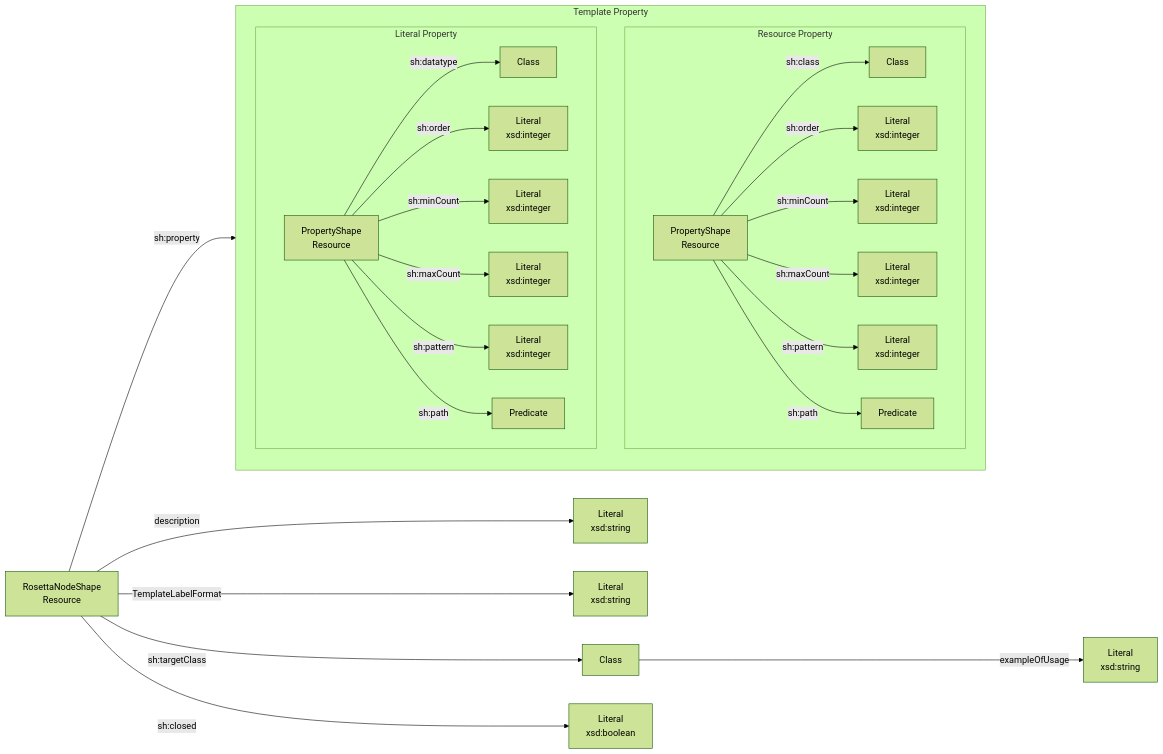
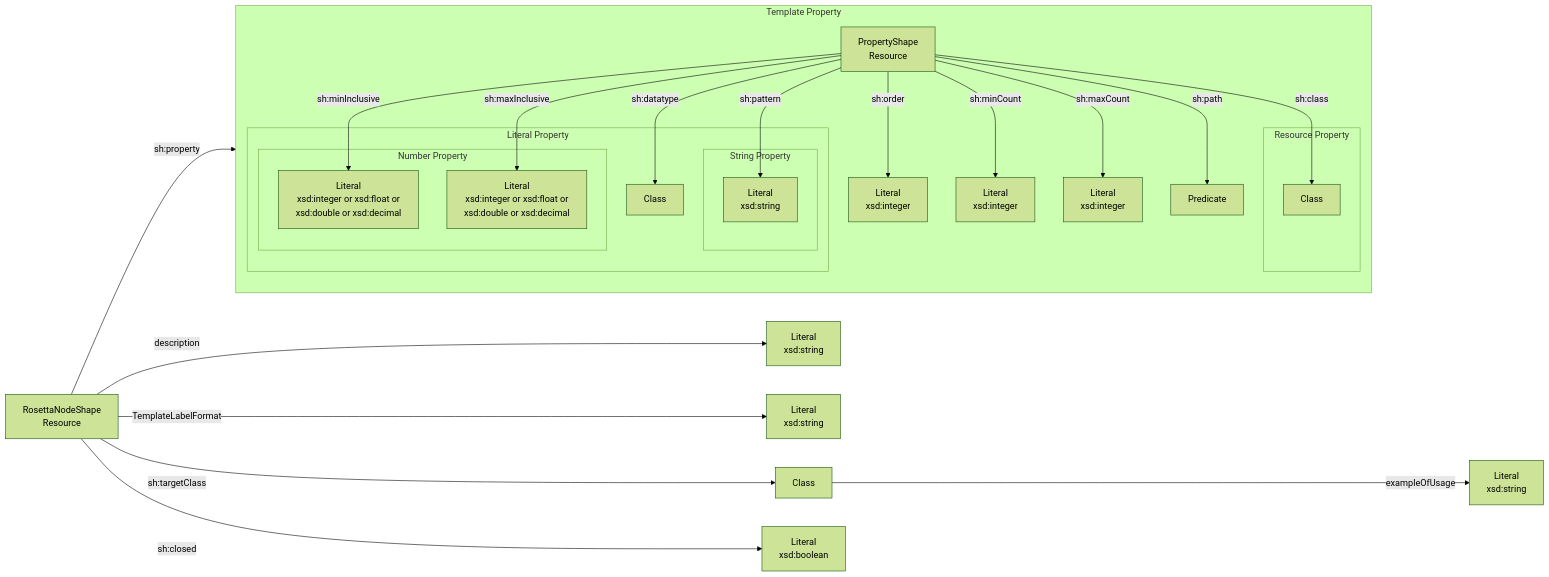
Before and after one commit to TIBHannover/orkg-backend: the diagram in documentation/antora/modules/ROOT/pages/reference/model/rosetta-stone-template.adoc, drawn with Mermaid (forest theme). The commit also changed 1 other file, not shown here.

Commit message:
Update template model diagrams (!1014)

```diff
--- a/documentation/antora/modules/ROOT/pages/reference/model/rosetta-stone-template.adoc
+++ b/documentation/antora/modules/ROOT/pages/reference/model/rosetta-stone-template.adoc
@@ -3,28 +3,34 @@
 [mermaid,width=100%]
 ----
 flowchart LR
     Template[RosettaNodeShape \n Resource] --> |"description"| description[Literal \n xsd:string]
     Template --> |"TemplateLabelFormat"| formattedLabel[Literal \n xsd:string]
 	Template --> |"sh:targetClass"| targetClass
     targetClass[Class] --> |"exampleOfUsage"| usage[Literal \n xsd:string]
 	Template --> |"sh:property"| TemplateProperty
 	subgraph TemplateProperty[Template Property]
+        Property[PropertyShape \n Resource] --> |"sh:order"| order[Literal \n xsd:integer]
+        Property --> |"sh:minCount"| minCount[Literal \n xsd:integer]
+        Property --> |"sh:maxCount"| maxCount[Literal \n xsd:integer]
+        Property --> |"sh:path"| path[Predicate]
+        Property --> |"sh:class"| klass
+        Property --> |"sh:pattern"| pattern
+        Property --> |"sh:datatype"| datatype
+        Property --> |"sh:minInclusive"| minInclusive
+        Property --> |"sh:maxInclusive"| maxInclusive
 		subgraph Resource Property
-			ResourceProperty[PropertyShape \n Resource] --> |"sh:class"| klass[Class]
-			ResourceProperty --> |"sh:order"| order[Literal \n xsd:integer]
-			ResourceProperty --> |"sh:minCount"| minCount[Literal \n xsd:integer]
-			ResourceProperty --> |"sh:maxCount"| maxCount[Literal \n xsd:integer]
-			ResourceProperty --> |"sh:pattern"| pattern[Literal \n xsd:integer]
-			ResourceProperty --> |"sh:path"| path[Predicate]
+            klass[Class]
 		end
 		subgraph Literal Property
-			LiteralProperty[PropertyShape \n Resource] --> |"sh:datatype"| datatype[Class]
-			LiteralProperty --> |"sh:order"| literalOrder[Literal \n xsd:integer]
-			LiteralProperty --> |"sh:minCount"| literalMinCount[Literal \n xsd:integer]
-			LiteralProperty --> |"sh:maxCount"| literalMaxCount[Literal \n xsd:integer]
-			LiteralProperty --> |"sh:pattern"| literalPattern[Literal \n xsd:integer]
-			LiteralProperty --> |"sh:path"| literalPath[Predicate]
+            datatype[Class]
+            subgraph String Property
+			    pattern[Literal \n xsd:string]
+            end
+            subgraph Number Property
+			    minInclusive[Literal \n xsd:integer or xsd:float or\nxsd:double or xsd:decimal]
+			    maxInclusive[Literal \n xsd:integer or xsd:float or\nxsd:double or xsd:decimal]
+            end
 		end
 	end
 	Template --> |"sh:closed"| closed[Literal \n xsd:boolean]
 ----
```
